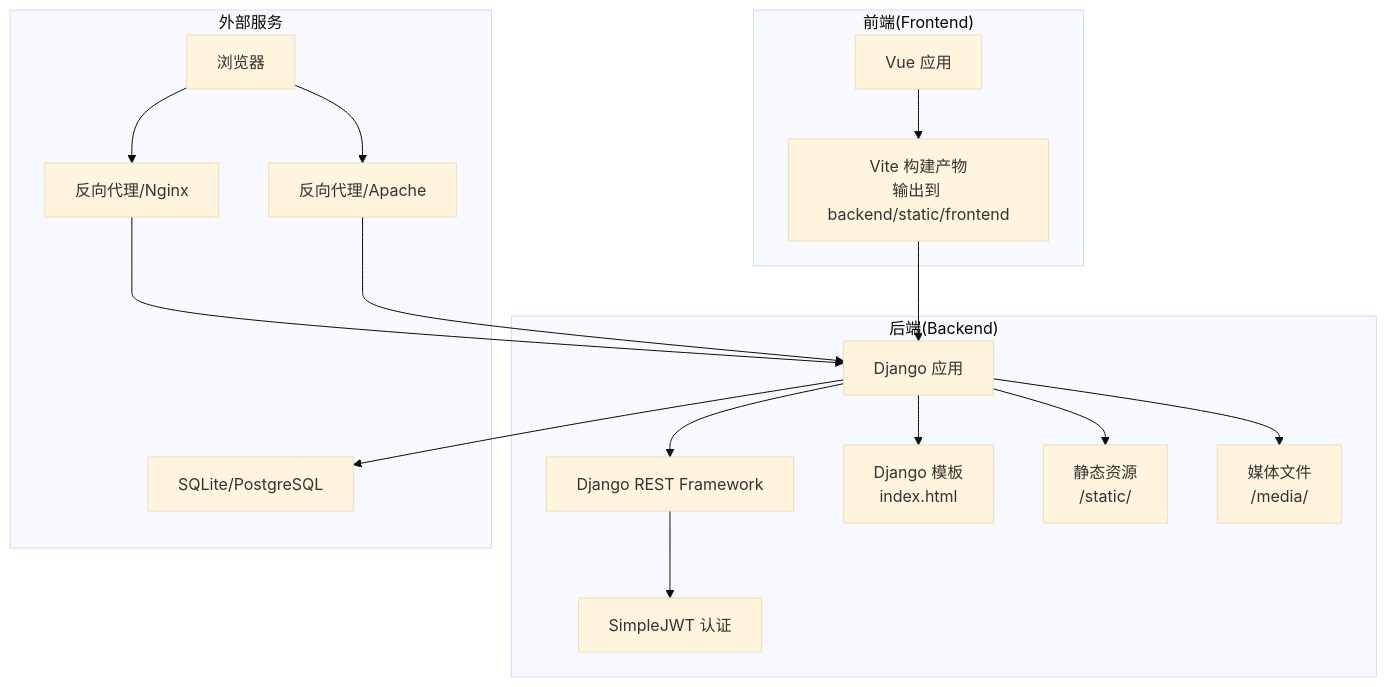
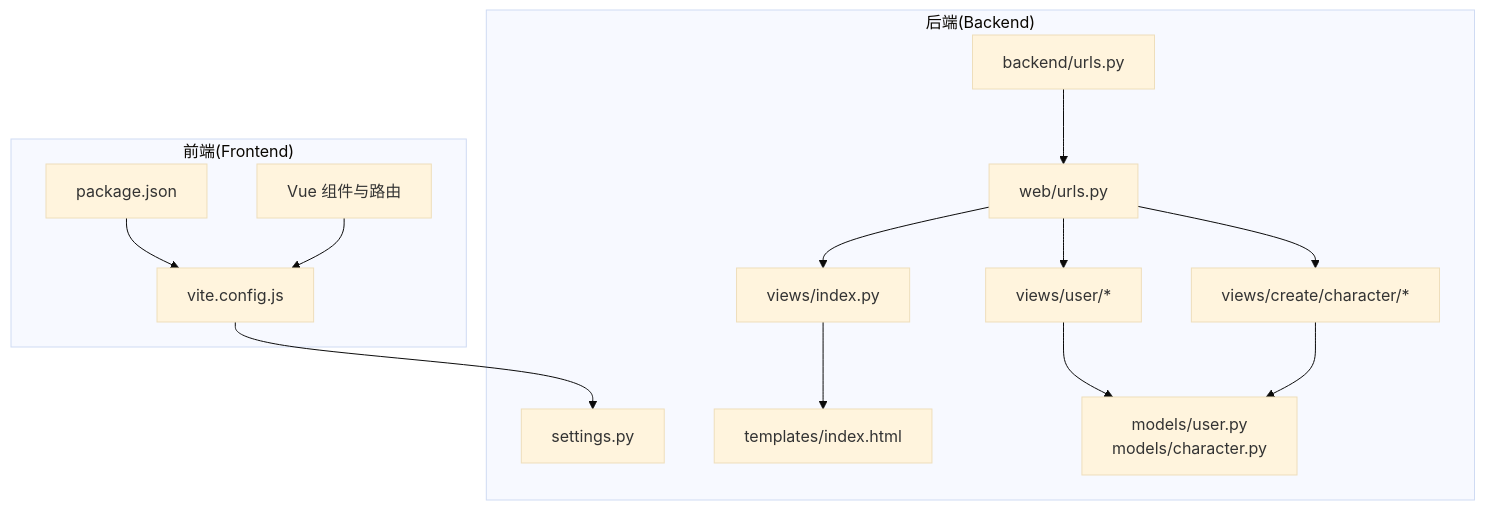
The first of 6 diagrams in .qoder/repowiki/zh/content/部署指南/部署指南.md (Blaipchi/LLM_AIfriends), drawn with Mermaid (base theme) before and after one commit. The commit also changed other lines of this file and 89 other files, not shown here.

````diff
--- a/.qoder/repowiki/zh/content/部署指南/部署指南.md
+++ b/.qoder/repowiki/zh/content/部署指南/部署指南.md
@@ -38,33 +38,28 @@
 ```mermaid
 graph TB
 subgraph "前端(Frontend)"
-Vite["Vite 构建产物<br/>输出到 backend/static/frontend"]
-VueApp["Vue 应用"]
+FE_PKG["package.json"]
+FE_VITE["vite.config.js"]
+FE_SRC["Vue 组件与路由"]
 end
 subgraph "后端(Backend)"
-Django["Django 应用"]
-DRF["Django REST Framework"]
-JWT["SimpleJWT 认证"]
-Templates["Django 模板<br/>index.html"]
-Static["静态资源<br/>/static/"]
-Media["媒体文件<br/>/media/"]
+DJ_SET["settings.py"]
+DJ_URLS["backend/urls.py"]
+APP_URLS["web/urls.py"]
+TPL_IDX["templates/index.html"]
+VIEW_IDX["views/index.py"]
+MODELS["models/user.py<br/>models/character.py"]
+VIEWS_U["views/user/*"]
+VIEWS_C["views/create/character/*"]
 end
-subgraph "外部服务"
-Browser["浏览器"]
-Nginx["反向代理/Nginx"]
-Apache["反向代理/Apache"]
-DB["SQLite/PostgreSQL"]
-end
-Browser --> Nginx
-Browser --> Apache
-Nginx --> Django
-Apache --> Django
-VueApp --> Vite
-Vite --> Django
-Django --> DRF
-DRF --> JWT
-Django --> Templates
-Django --> Static
-Django --> Media
-Django --> DB
+FE_VITE --> DJ_SET
+FE_PKG --> FE_VITE
+FE_SRC --> FE_VITE
+DJ_URLS --> APP_URLS
+APP_URLS --> VIEW_IDX
+APP_URLS --> VIEWS_U
+APP_URLS --> VIEWS_C
+VIEW_IDX --> TPL_IDX
+VIEWS_U --> MODELS
+VIEWS_C --> MODELS
 ```
````
